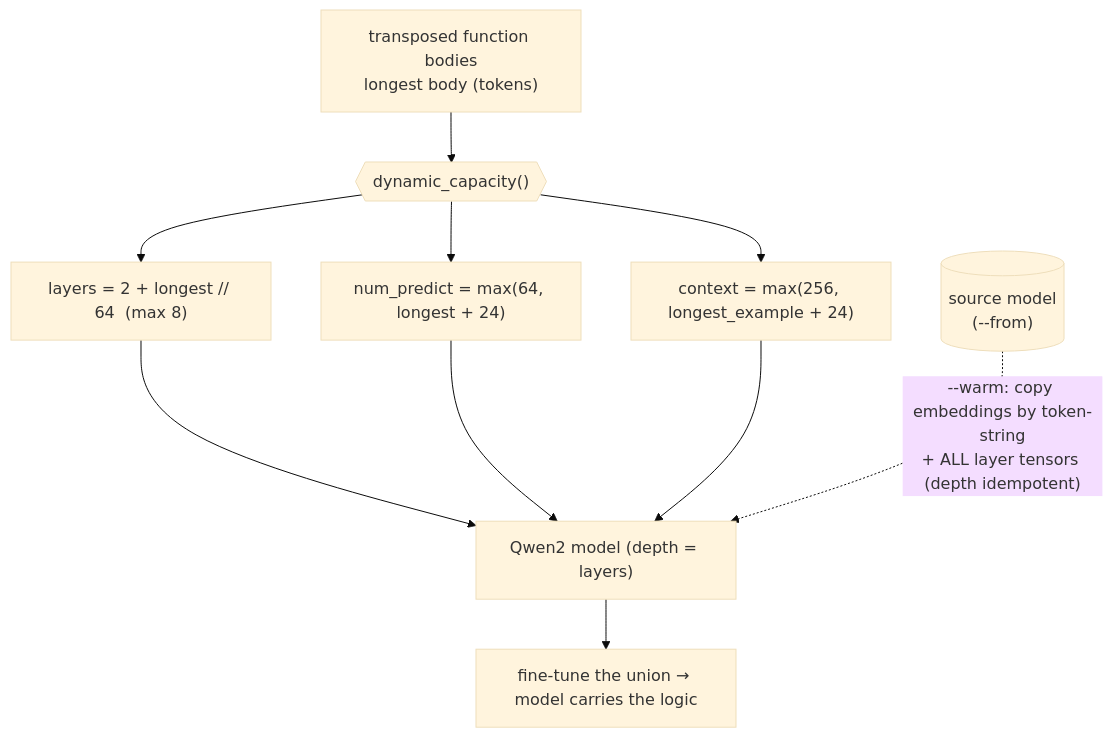
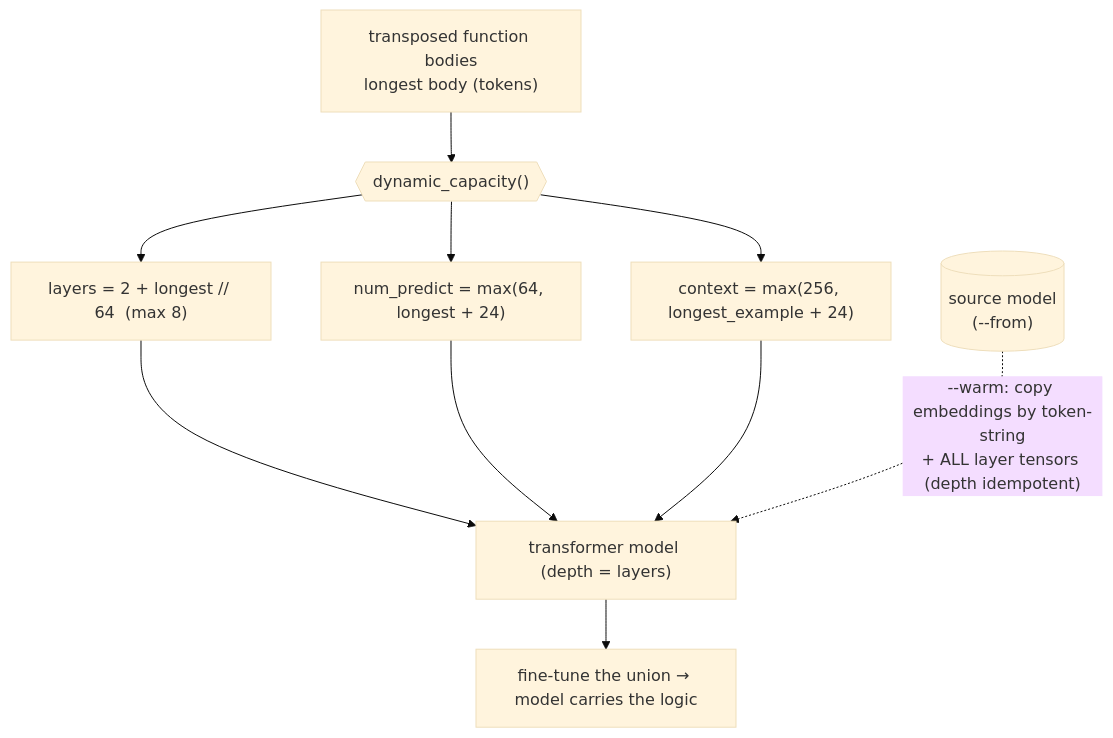
The fourth of 4 diagrams in docs/NOCODE_RUNNER.md (packetqc/AI), drawn with Mermaid (base theme) before and after one commit. The commit also changed other lines of this file and 2 other files, not shown here.

First line of the commit message:
docs: describe the host solution as multi-arch transformer, not qwen2-only

````diff
--- a/docs/NOCODE_RUNNER.md
+++ b/docs/NOCODE_RUNNER.md
@@ -470,12 +470,12 @@
 ```mermaid
 flowchart TD
     BODIES["transposed function bodies<br/>longest body (tokens)"] --> DC{{"dynamic_capacity()"}}
     DC --> DEPTH["layers = 2 + longest // 64  (max 8)"]
     DC --> WIN["num_predict = max(64, longest + 24)"]
     DC --> CTX["context = max(256, longest_example + 24)"]
-    DEPTH --> MODEL["Qwen2 model (depth = layers)"]
+    DEPTH --> MODEL["transformer model (depth = layers)"]
     WIN --> MODEL
     CTX --> MODEL
     SRC[("source model<br/>(--from)")] -. "--warm: copy embeddings by token-string<br/>+ ALL layer tensors (depth idempotent)" .-> MODEL
     MODEL --> TRAIN["fine-tune the union → model carries the logic"]
 ```
````
